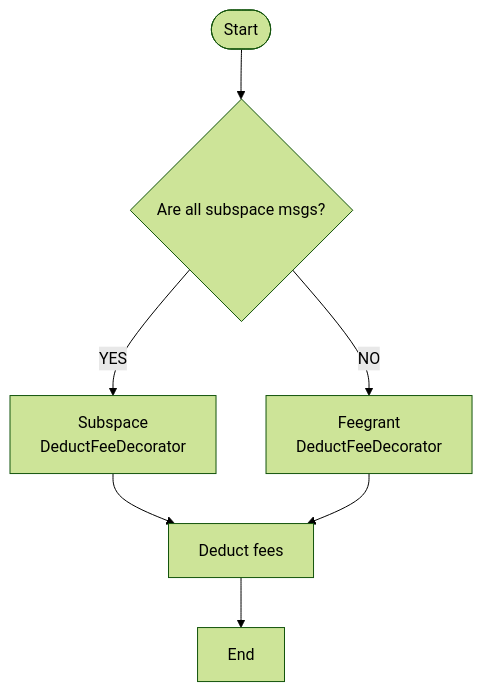
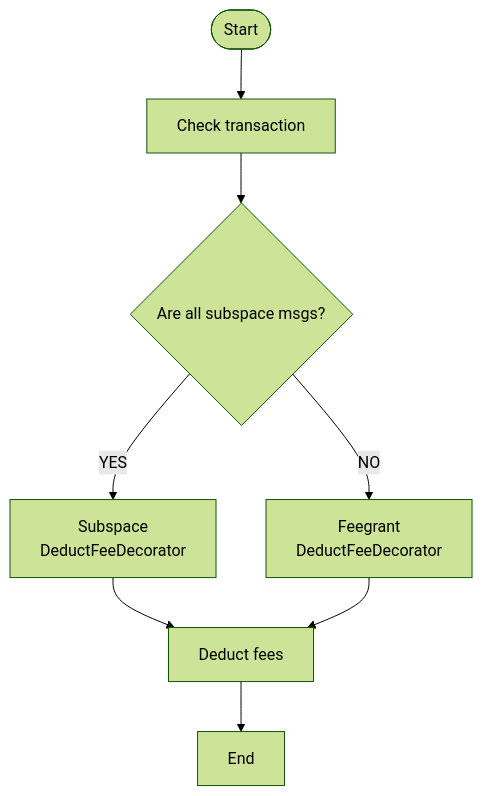
One commit to desmos-labs/desmos changed the second of 2 diagrams in docs/architecture/adr-017-subspace-fee-grant.md. Above: the diagram before and after it, drawn with Mermaid (forest theme). The commit also changed other lines of this file, not shown here.

Commit message:
docs: add sequence diagram

````diff
--- a/docs/architecture/adr-017-subspace-fee-grant.md
+++ b/docs/architecture/adr-017-subspace-fee-grant.md
@@ -37,9 +52,10 @@
 ```mermaid
 graph TD
-  id1([Start]) --> id2{Are all subspace msgs?}
-  id2 -- YES --> id3[Subspace<br /> DeductFeeDecorator]
-  id2 -- NO --> id4[Feegrant<br /> DeductFeeDecorator]
-  id3 --> id5[Deduct fees]
-  id4 --> id5
-  id5 --> id6[End]
+  id1([Start]) --> id2[Check transaction]
+  id2 --> id3{Are all subspace msgs?}
+  id3 -- YES --> id4[Subspace<br /> DeductFeeDecorator]
+  id3 -- NO --> id5[Feegrant<br /> DeductFeeDecorator]
+  id4 --> id6[Deduct fees]
+  id5 --> id6
+  id6 --> id7[End]
 ```
````
